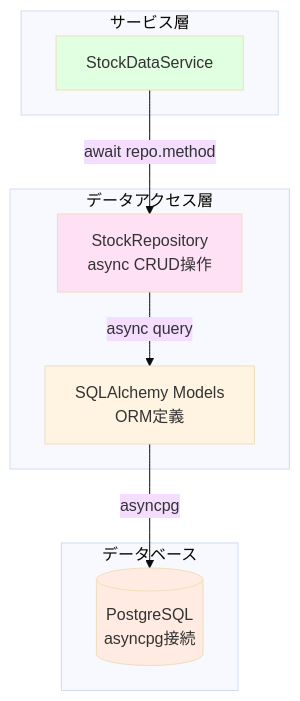
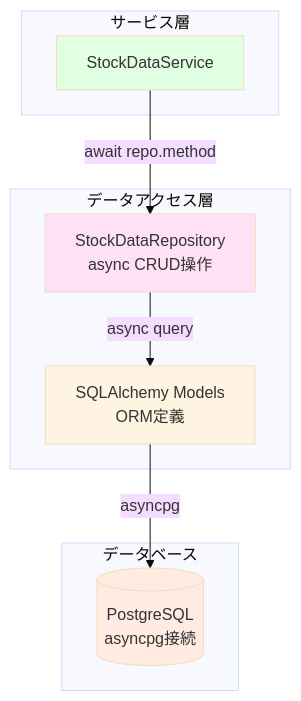
The first of 2 diagrams in docs/architecture/layers/data_access_layer.md (develop-nti-0902/STOCK-INVESTMENT-ANALYZER), drawn with Mermaid (base theme) before and after one commit. The commit also changed other lines of this file and 6 other files, not shown here.

````diff
--- a/docs/architecture/layers/data_access_layer.md
+++ b/docs/architecture/layers/data_access_layer.md
@@ -606,24 +650,24 @@
 ```mermaid
 graph TB
     subgraph ServiceLayer[サービス層]
         Service[StockDataService]
     end
 
     subgraph DataAccessLayer[データアクセス層]
-        Repo[StockRepository<br/>async CRUD操作]
+        Repo[StockDataRepository<br/>async CRUD操作]
         Model[SQLAlchemy Models<br/>ORM定義]
     end
 
     subgraph Database[データベース]
         PostgreSQL[(PostgreSQL<br/>asyncpg接続)]
     end
 
     Service -->|await repo.method| Repo
     Repo -->|async query| Model
     Model -->|asyncpg| PostgreSQL
 
     style Service fill:#e1ffe1
     style Repo fill:#ffe1f5
     style Model fill:#fff4e1
     style PostgreSQL fill:#ffebe1
 ```
````
